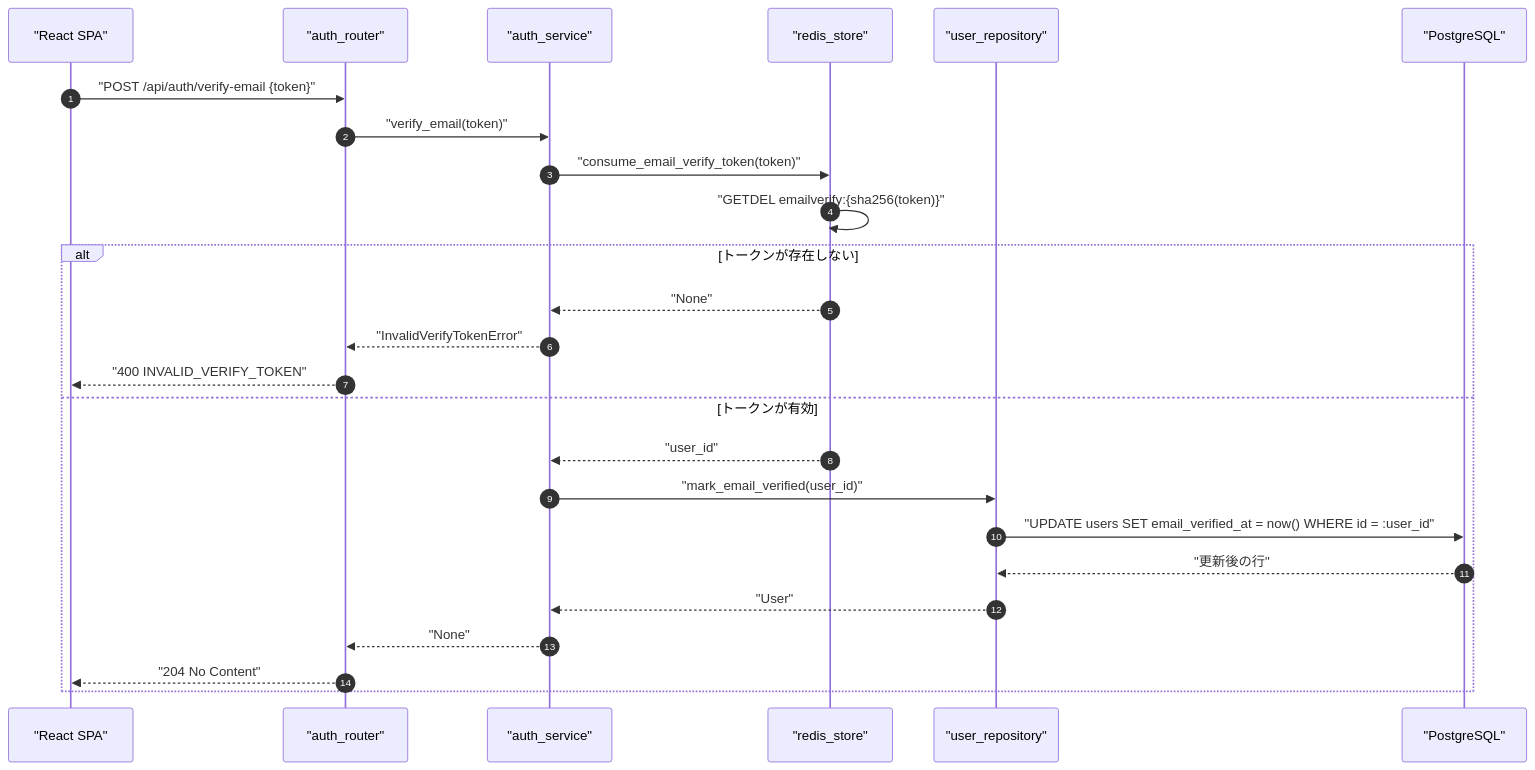
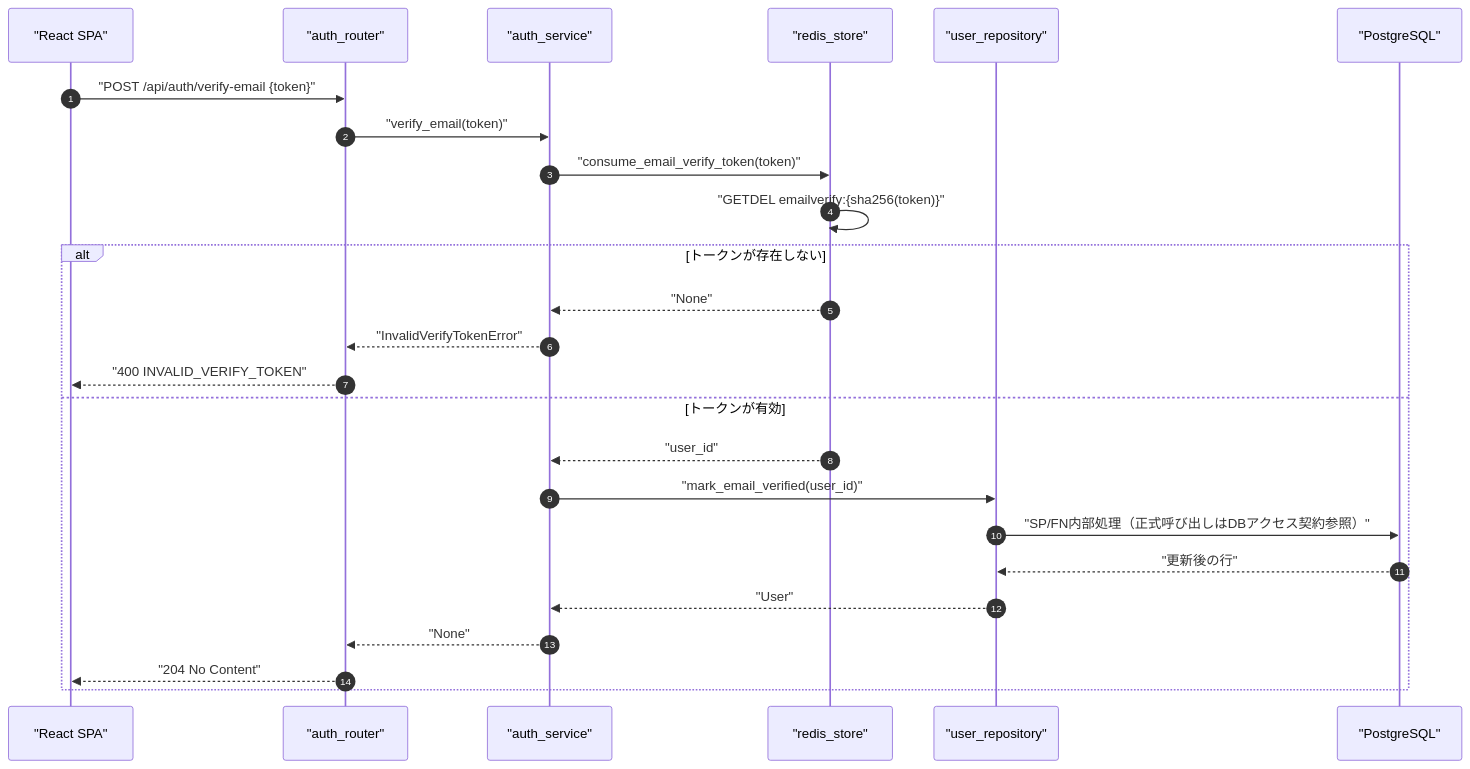
One commit to oikawa-d/task_management changed the first of 4 diagrams in detailed_design/api/auth/07_post_auth_verify_email.md. Above: the diagram before and after it, drawn with Mermaid. The commit also changed other lines of this file and 58 other files, not shown here.

````diff
--- a/detailed_design/api/auth/07_post_auth_verify_email.md
+++ b/detailed_design/api/auth/07_post_auth_verify_email.md
@@ -86,28 +86,28 @@
 ```mermaid
 sequenceDiagram
     autonumber
     participant FE as "React SPA"
     participant R as "auth_router"
     participant S as "auth_service"
     participant RD as "redis_store"
     participant UR as "user_repository"
     participant PG as "PostgreSQL"
 
     FE->>R: "POST /api/auth/verify-email {token}"
     R->>S: "verify_email(token)"
     S->>RD: "consume_email_verify_token(token)"
     RD->>RD: "GETDEL emailverify:{sha256(token)}"
     alt トークンが存在しない
         RD-->>S: "None"
         S-->>R: "InvalidVerifyTokenError"
         R-->>FE: "400 INVALID_VERIFY_TOKEN"
     else トークンが有効
         RD-->>S: "user_id"
         S->>UR: "mark_email_verified(user_id)"
-        UR->>PG: "UPDATE users SET email_verified_at = now() WHERE id = :user_id"
+        UR->>PG: "SP/FN内部処理（正式呼び出しはDBアクセス契約参照）"
         PG-->>UR: "更新後の行"
         UR-->>S: "User"
         S-->>R: "None"
         R-->>FE: "204 No Content"
     end
 ```
````
